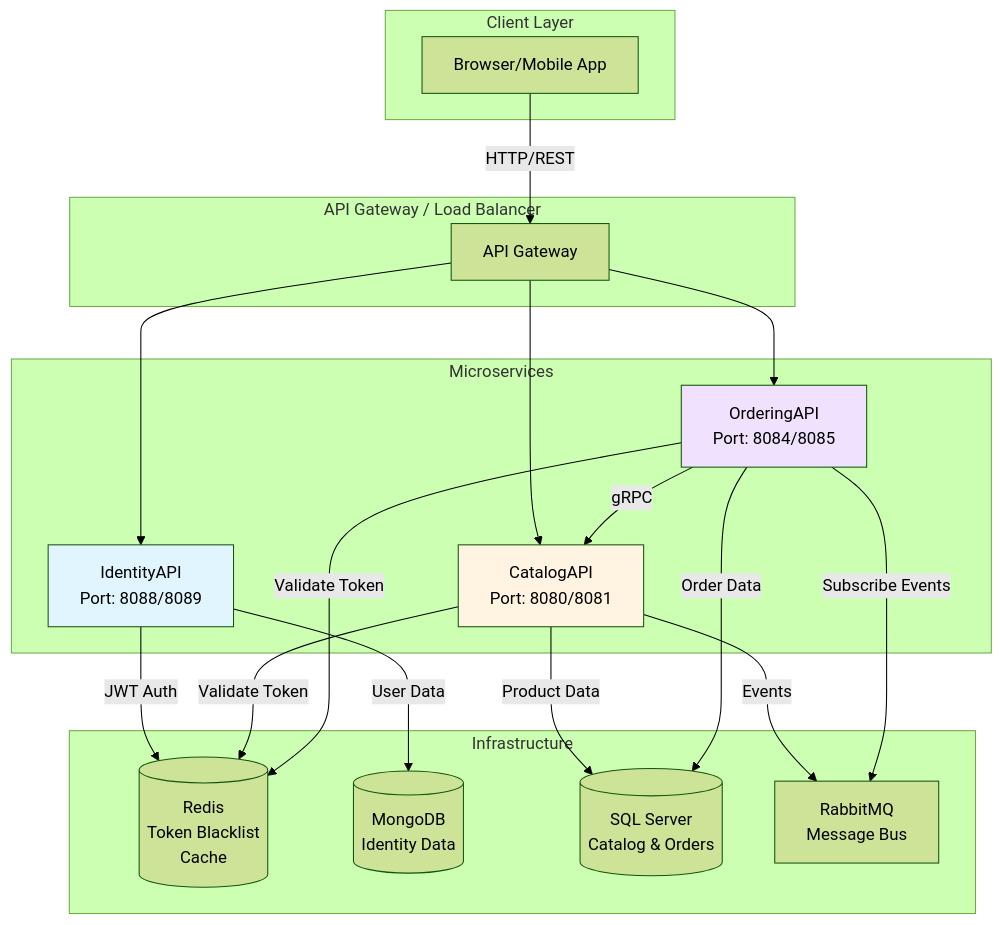
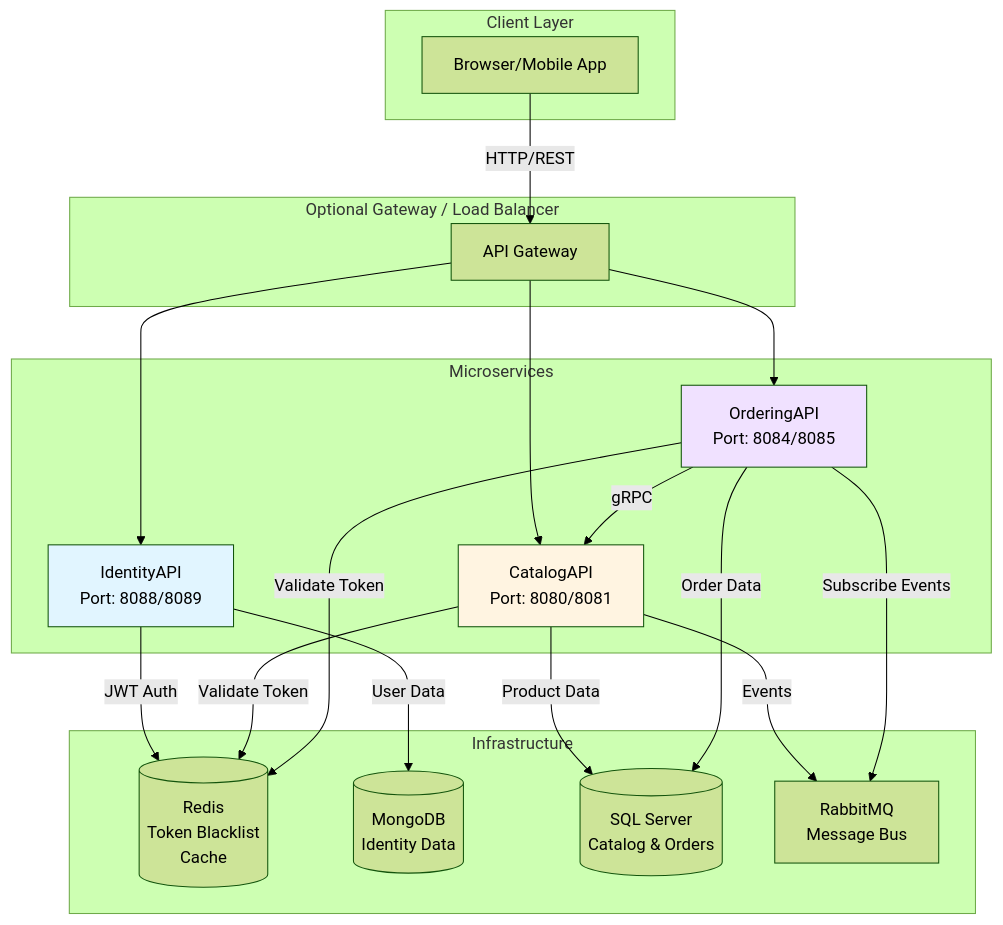
Before and after one commit to gndev-vn/DDDSample: the first of 9 diagrams in docs/architecture.md, drawn with Mermaid (forest theme). The commit also changed other lines of this file and 73 other files, not shown here.

````diff
--- a/docs/architecture.md
+++ b/docs/architecture.md
@@ -5,44 +7,44 @@
 ```mermaid
 graph TB
     subgraph "Client Layer"
         Browser[Browser/Mobile App]
     end
 
-    subgraph "API Gateway / Load Balancer"
+    subgraph "Optional Gateway / Load Balancer"
         Gateway[API Gateway]
     end
 
     subgraph "Microservices"
         Identity[IdentityAPI<br/>Port: 8088/8089]
         Catalog[CatalogAPI<br/>Port: 8080/8081]
         Ordering[OrderingAPI<br/>Port: 8084/8085]
     end
 
     subgraph "Infrastructure"
         Redis[(Redis<br/>Token Blacklist<br/>Cache)]
         MongoDB[(MongoDB<br/>Identity Data)]
         SQLServer[(SQL Server<br/>Catalog & Orders)]
         RabbitMQ[RabbitMQ<br/>Message Bus]
     end
 
     Browser -->|HTTP/REST| Gateway
     Gateway --> Identity
     Gateway --> Catalog
     Gateway --> Ordering
 
     Identity -->|JWT Auth| Redis
     Identity -->|User Data| MongoDB
     
     Catalog -->|Product Data| SQLServer
     Catalog -->|Events| RabbitMQ
     Catalog -->|Validate Token| Redis
     
     Ordering -->|Order Data| SQLServer
     Ordering -->|Subscribe Events| RabbitMQ
     Ordering -->|gRPC| Catalog
     Ordering -->|Validate Token| Redis
 
     style Identity fill:#e1f5ff
     style Catalog fill:#fff4e1
     style Ordering fill:#f0e1ff
 ```
````
